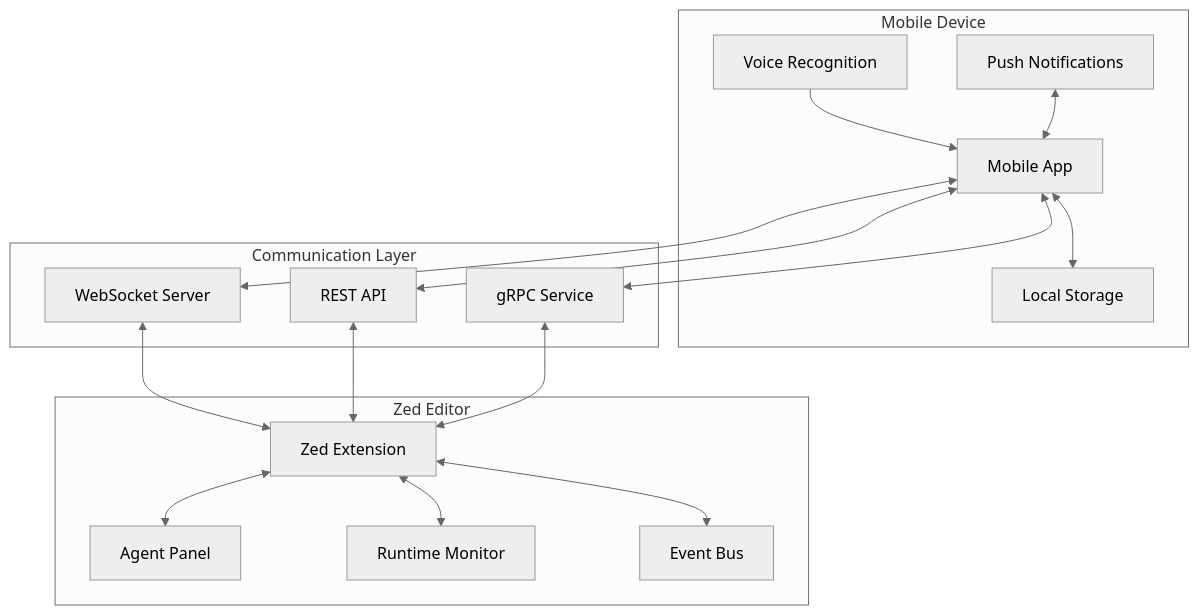
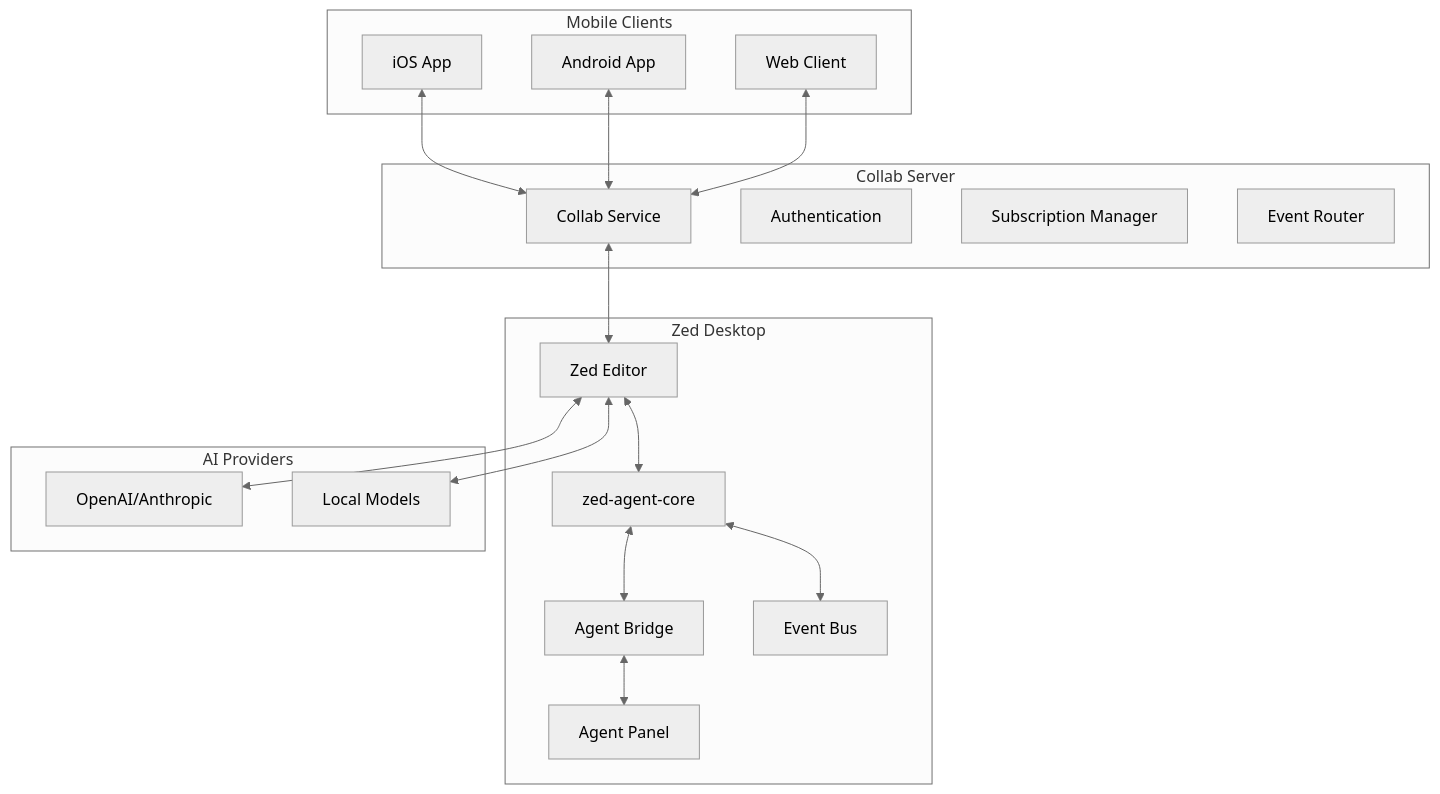
The diagram in architecture.md (fluid-notion-systems/zed-mobile), drawn with Mermaid (neutral theme) before and after one commit. The commit also changed other lines of this file and 3 other files, not shown here.

Commit message:
roadmap, and architecture update

````diff
--- a/architecture.md
+++ b/architecture.md
@@ -9,35 +9,41 @@
 ```mermaid
 graph TB
-    subgraph "Mobile Device"
-        MA[Mobile App]
-        VR[Voice Recognition]
-        LS[Local Storage]
-        PN[Push Notifications]
+    subgraph "Mobile Clients"
+        iOS[iOS App]
+        Android[Android App]
+        Web[Web Client]
     end
 
-    subgraph "Communication Layer"
-        WS[WebSocket Server]
-        REST[REST API]
-        GRPC[gRPC Service]
+    subgraph "Collab Server"
+        CS[Collab Service]
+        AUTH[Authentication]
+        SUB[Subscription Manager]
+        ROUTE[Event Router]
     end
 
-    subgraph "Zed Editor"
-        ZE[Zed Extension]
+    subgraph "Zed Desktop"
+        ZE[Zed Editor]
+        AC[zed-agent-core]
+        AB[Agent Bridge]
         AP[Agent Panel]
-        RT[Runtime Monitor]
         EB[Event Bus]
     end
 
-    MA <--> WS
-    MA <--> REST
-    MA <--> GRPC
-    WS <--> ZE
-    REST <--> ZE
-    GRPC <--> ZE
-    ZE <--> AP
-    ZE <--> RT
-    ZE <--> EB
-    VR --> MA
-    MA <--> LS
-    PN <--> MA
+    subgraph "AI Providers"
+        GPT[OpenAI/Anthropic]
+        LOCAL[Local Models]
+    end
+
+    iOS <--> CS
+    Android <--> CS
+    Web <--> CS
+    
+    CS <--> ZE
+    ZE <--> AC
+    AC <--> AB
+    AB <--> AP
+    AC <--> EB
+    
+    ZE <--> GPT
+    ZE <--> LOCAL
 ```
````
